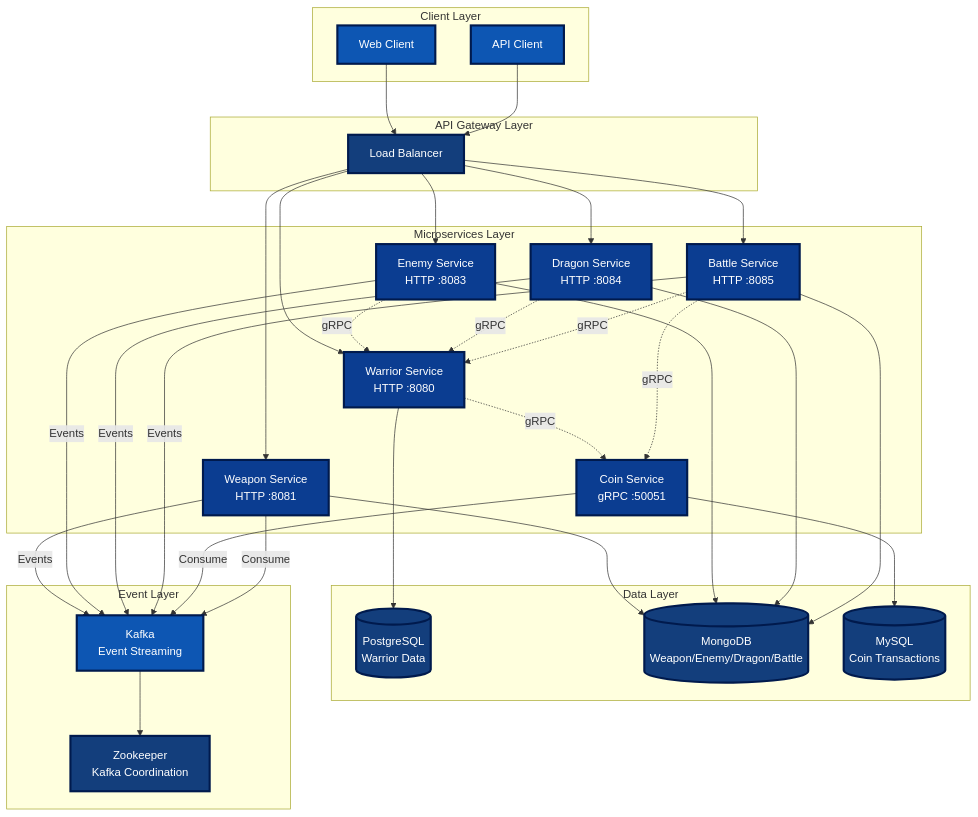
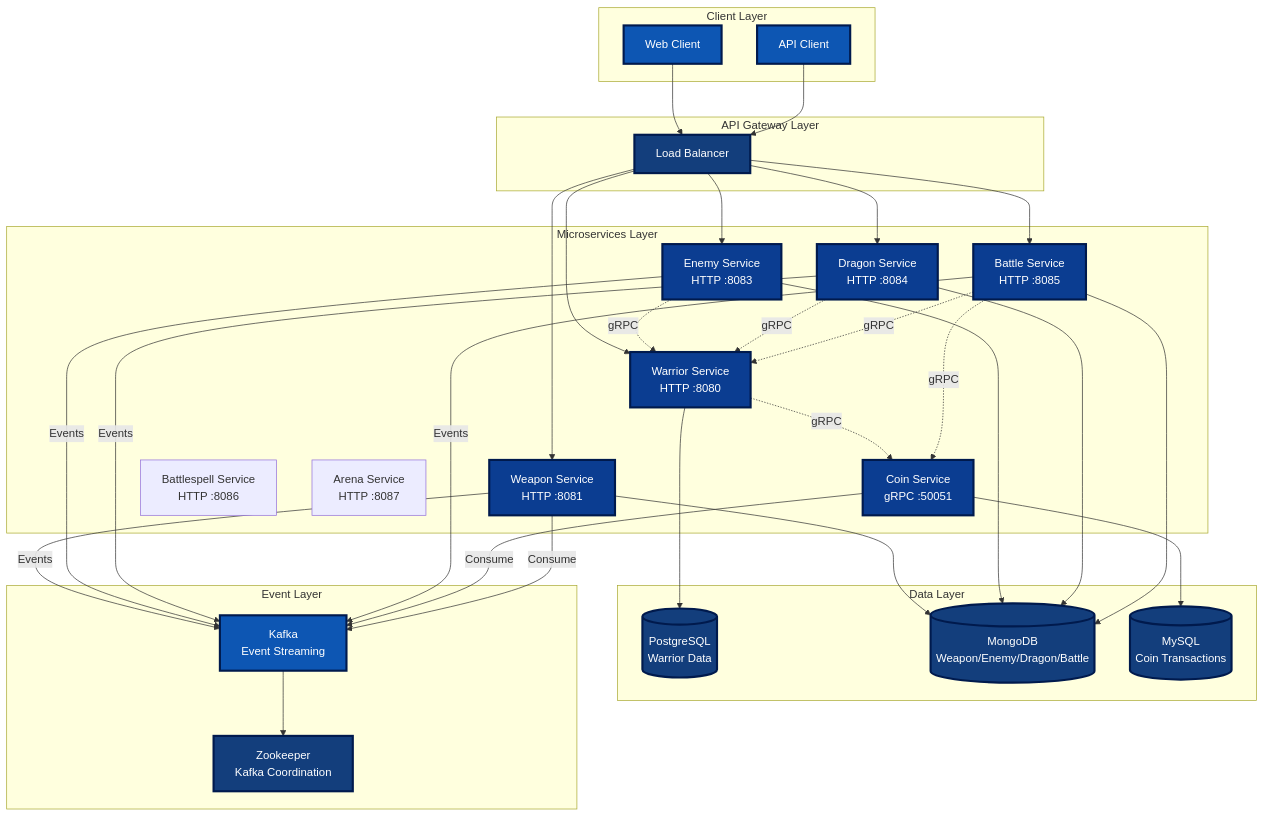
The first of 20 diagrams in README.md (tiraten-bot/network-sec-micro), drawn with Mermaid before and after one commit. The commit also changed other lines of this file, not shown here.

Commit message:
Enhance README.md to include new services and detailed workflows for Battlespell and Arena. Updated game features to reflect battles, spells, and arena functionalities, along with comprehensive service interaction diagrams for better understanding of the system architecture.

````diff
--- a/README.md
+++ b/README.md
@@ -7,76 +7,78 @@
 ```mermaid
 graph TB
     subgraph "Client Layer"
         WEB[Web Client]
         API[API Client]
     end
     
     subgraph "API Gateway Layer"
         LB[Load Balancer]
     end
     
     subgraph "Microservices Layer"
         W[Warrior Service<br/>HTTP :8080]
         WP[Weapon Service<br/>HTTP :8081]
         C[Coin Service<br/>gRPC :50051]
         E[Enemy Service<br/>HTTP :8083]
         D[Dragon Service<br/>HTTP :8084]
         B[Battle Service<br/>HTTP :8085]
+        BS[Battlespell Service<br/>HTTP :8086]
+        A[Arena Service<br/>HTTP :8087]
     end
     
     subgraph "Data Layer"
         PG[(PostgreSQL<br/>Warrior Data)]
         MG[(MongoDB<br/>Weapon/Enemy/Dragon/Battle)]
         MY[(MySQL<br/>Coin Transactions)]
     end
     
     subgraph "Event Layer"
         K[Kafka<br/>Event Streaming]
         Z[Zookeeper<br/>Kafka Coordination]
     end
     
     WEB --> LB
     API --> LB
     LB --> W
     LB --> WP
     LB --> E
     LB --> D
     LB --> B
     
     W -.->|gRPC| C
     E -.->|gRPC| W
     D -.->|gRPC| W
     B -.->|gRPC| W
     B -.->|gRPC| C
     
     W --> PG
     WP --> MG
     E --> MG
     D --> MG
     B --> MG
     C --> MY
     
     WP -->|Events| K
     E -->|Events| K
     D -->|Events| K
     B -->|Events| K
     C -->|Consume| K
     WP -->|Consume| K
     
     K --> Z
     
     style WEB fill:#0d56b3,stroke:#001a4d,stroke-width:3px,color:#ffffff
     style API fill:#0d56b3,stroke:#001a4d,stroke-width:3px,color:#ffffff
     style LB fill:#133e7c,stroke:#001a4d,stroke-width:3px,color:#ffffff
     style W fill:#0b3d91,stroke:#001a4d,stroke-width:3px,color:#ffffff
     style WP fill:#0b3d91,stroke:#001a4d,stroke-width:3px,color:#ffffff
     style C fill:#0b3d91,stroke:#001a4d,stroke-width:3px,color:#ffffff
     style E fill:#0b3d91,stroke:#001a4d,stroke-width:3px,color:#ffffff
     style D fill:#0b3d91,stroke:#001a4d,stroke-width:3px,color:#ffffff
     style B fill:#0b3d91,stroke:#001a4d,stroke-width:3px,color:#ffffff
     style PG fill:#133e7c,stroke:#001a4d,stroke-width:3px,color:#ffffff
     style MG fill:#133e7c,stroke:#001a4d,stroke-width:3px,color:#ffffff
     style MY fill:#133e7c,stroke:#001a4d,stroke-width:3px,color:#ffffff
     style K fill:#0d56b3,stroke:#001a4d,stroke-width:3px,color:#ffffff
     style Z fill:#133e7c,stroke:#001a4d,stroke-width:3px,color:#ffffff
 ```
````
